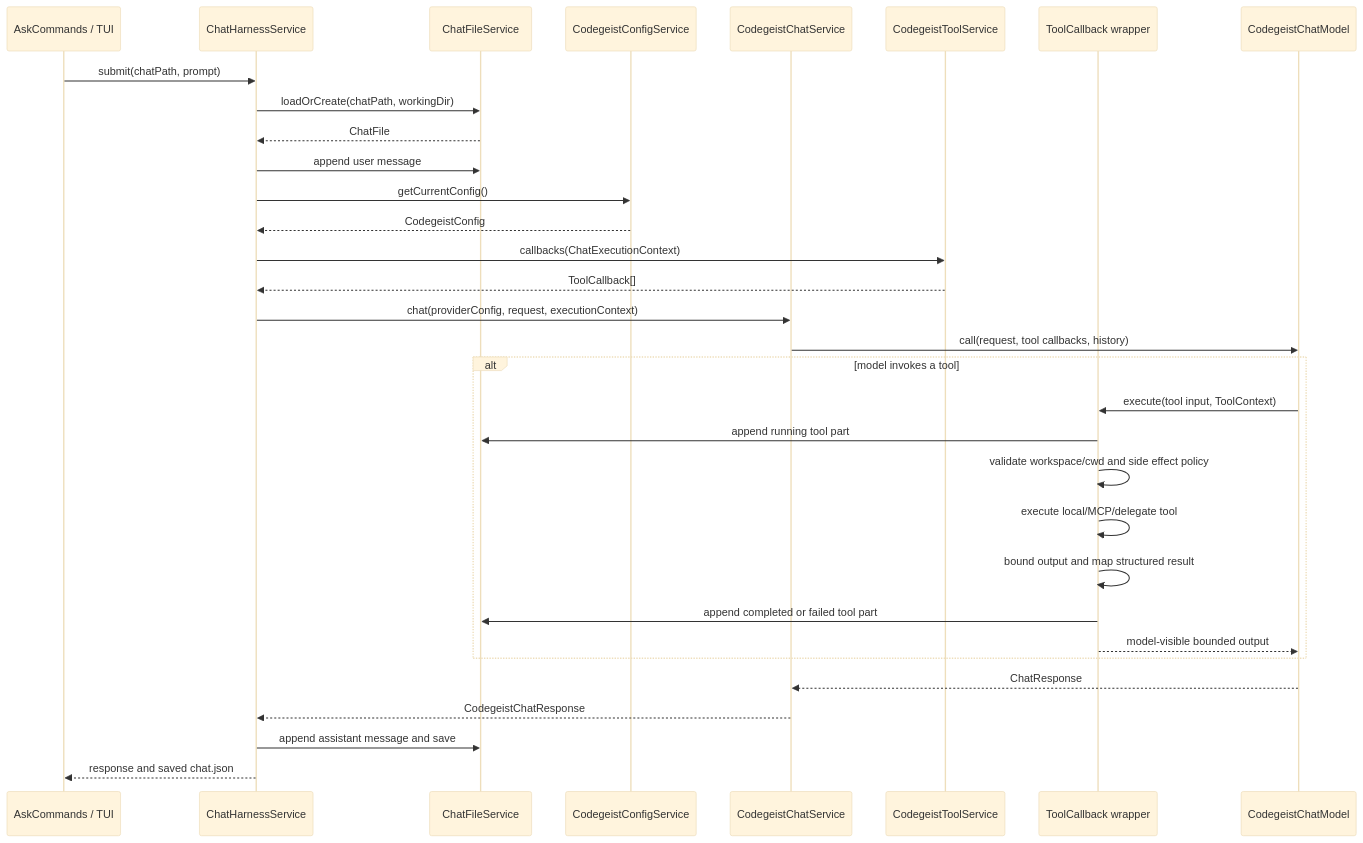
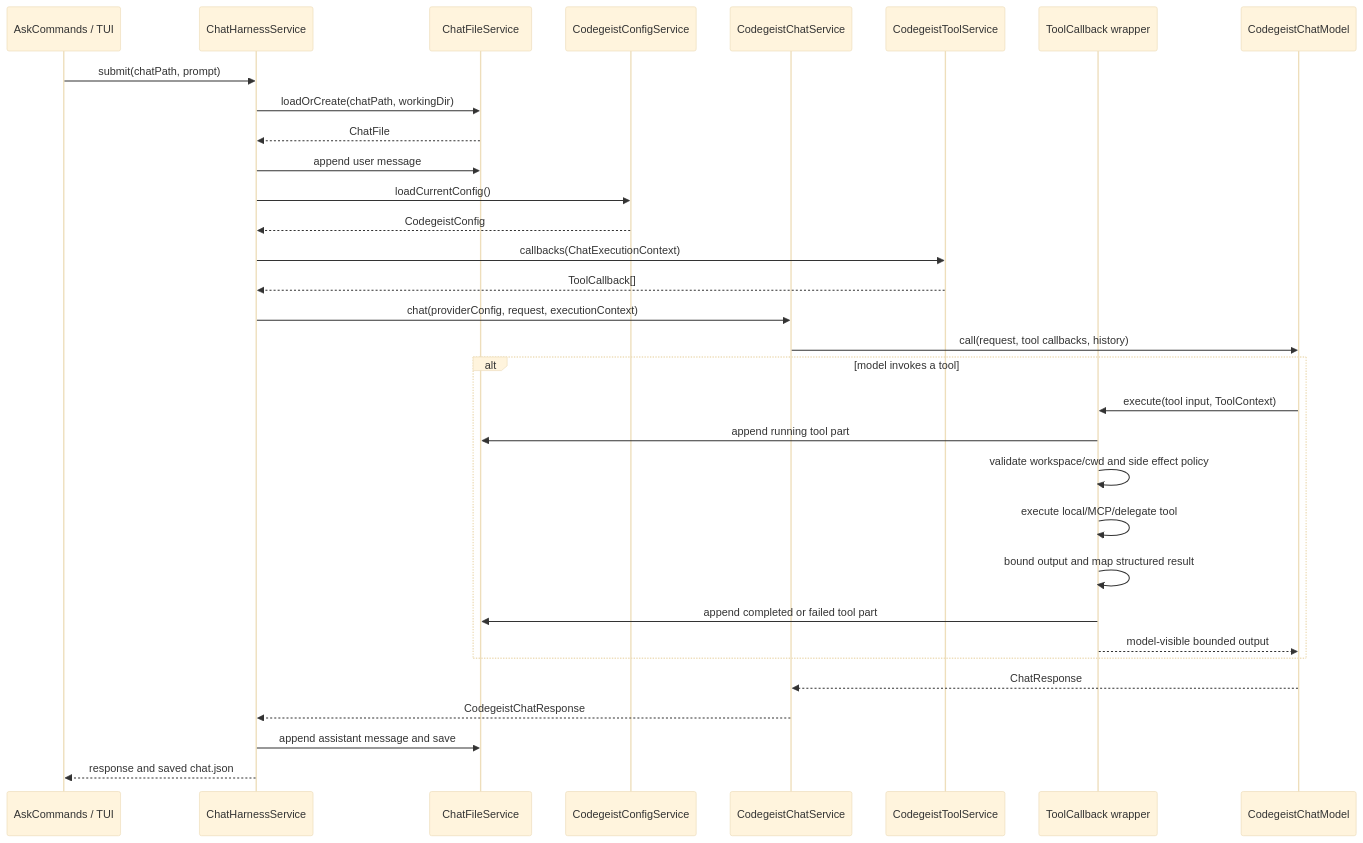
One commit to codegeist-ai/codegeist changed the third of 6 diagrams in docs/tasks/T007_build-codegeist-runtime-harness/java-workflow-implementation.md. Above: the diagram before and after it, drawn with Mermaid (base theme). The commit also changed 48 other files, not shown here.

````diff
--- a/docs/tasks/T007_build-codegeist-runtime-harness/java-workflow-implementation.md
+++ b/docs/tasks/T007_build-codegeist-runtime-harness/java-workflow-implementation.md
@@ -230,35 +230,35 @@
 ```mermaid
 sequenceDiagram
     participant CLI as AskCommands / TUI
     participant Harness as ChatHarnessService
     participant File as ChatFileService
     participant Config as CodegeistConfigService
     participant Chat as CodegeistChatService
     participant Tools as CodegeistToolService
     participant Wrapper as ToolCallback wrapper
     participant Model as CodegeistChatModel
 
     CLI->>Harness: submit(chatPath, prompt)
     Harness->>File: loadOrCreate(chatPath, workingDir)
     File-->>Harness: ChatFile
     Harness->>File: append user message
-    Harness->>Config: getCurrentConfig()
+    Harness->>Config: loadCurrentConfig()
     Config-->>Harness: CodegeistConfig
     Harness->>Tools: callbacks(ChatExecutionContext)
     Tools-->>Harness: ToolCallback[]
     Harness->>Chat: chat(providerConfig, request, executionContext)
     Chat->>Model: call(request, tool callbacks, history)
     alt model invokes a tool
       Model->>Wrapper: execute(tool input, ToolContext)
       Wrapper->>File: append running tool part
       Wrapper->>Wrapper: validate workspace/cwd and side effect policy
       Wrapper->>Wrapper: execute local/MCP/delegate tool
       Wrapper->>Wrapper: bound output and map structured result
       Wrapper->>File: append completed or failed tool part
       Wrapper-->>Model: model-visible bounded output
     end
     Model-->>Chat: ChatResponse
     Chat-->>Harness: CodegeistChatResponse
     Harness->>File: append assistant message and save
     Harness-->>CLI: response and saved chat.json
 ```
````
